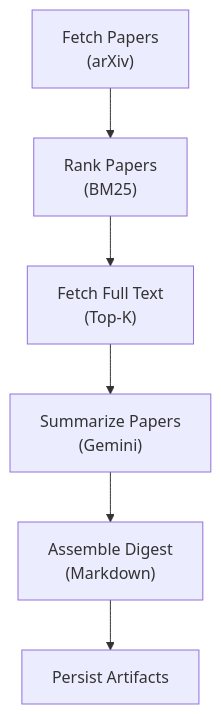
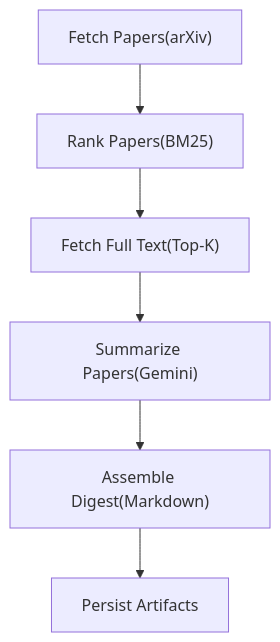
One commit to RayHao2/AI-Digest-Paper changed the diagram in README.md. Above: the diagram before and after it, drawn with Mermaid.

````diff
--- a/README.md
+++ b/README.md
@@ -100,8 +100,8 @@
 ```mermaid
 flowchart TD
-    A["Fetch Papers\n(arXiv)"] --> B["Rank Papers\n(BM25)"]
-    B --> C["Fetch Full Text\n(Top-K)"]
-    C --> D["Summarize Papers\n(Gemini)"]
-    D --> E["Assemble Digest\n(Markdown)"]
+    A["Fetch Papers(arXiv)"] --> B["Rank Papers(BM25)"]
+    B --> C["Fetch Full Text(Top-K)"]
+    C --> D["Summarize Papers(Gemini)"]
+    D --> E["Assemble Digest(Markdown)"]
     E --> F["Persist Artifacts"]
 ```
````
